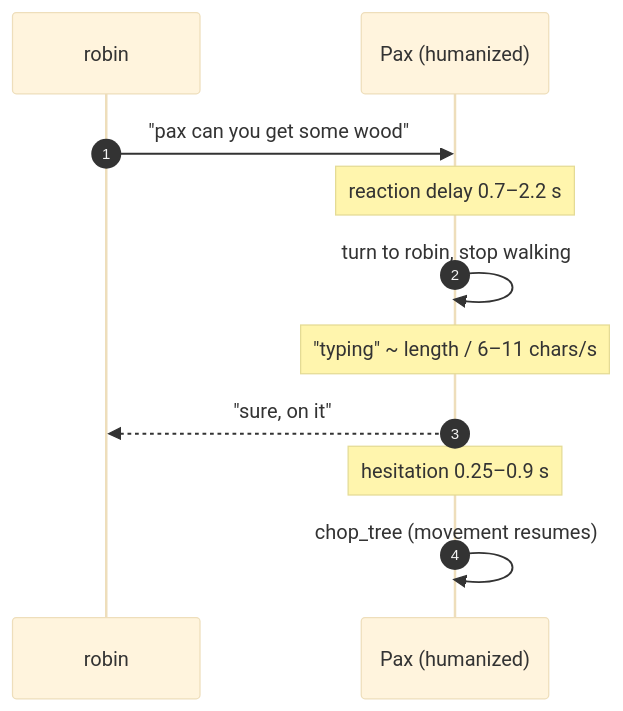
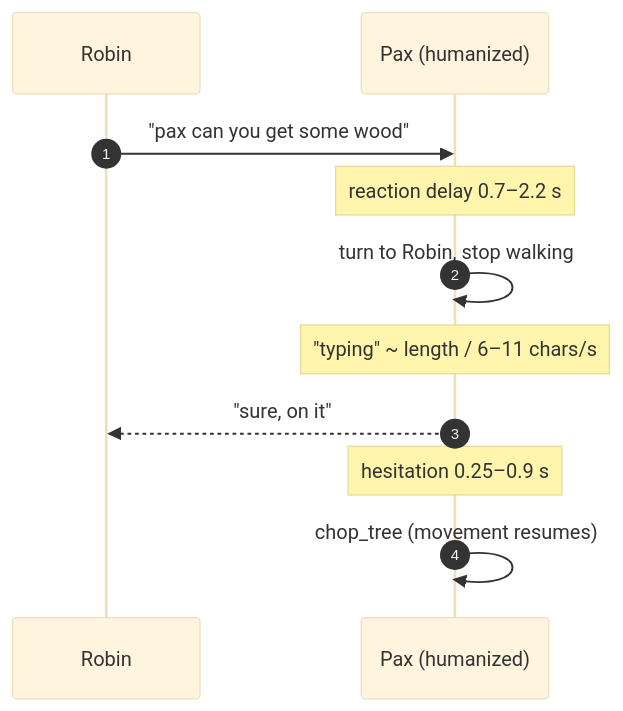
One commit to thereisnotime/golemkit changed the second of 2 diagrams in docs/guide/profiles.md. Above: the diagram before and after it, drawn with Mermaid (base theme). The commit also changed other lines of this file and 46 other files, not shown here.

````diff
--- a/docs/guide/profiles.md
+++ b/docs/guide/profiles.md
@@ -134,13 +147,13 @@
 ```mermaid
 sequenceDiagram
   autonumber
-  participant P as robin
+  participant P as Robin
   participant B as Pax (humanized)
   P->>B: "pax can you get some wood"
   Note over B: reaction delay 0.7–2.2 s
-  B->>B: turn to robin, stop walking
+  B->>B: turn to Robin, stop walking
   Note over B: "typing" ~ length / 6–11 chars/s
   B-->>P: "sure, on it"
   Note over B: hesitation 0.25–0.9 s
   B->>B: chop_tree (movement resumes)
 ```
````
